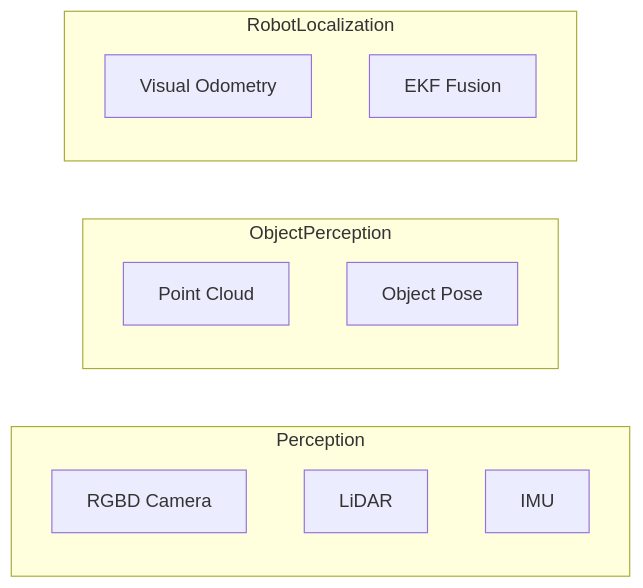
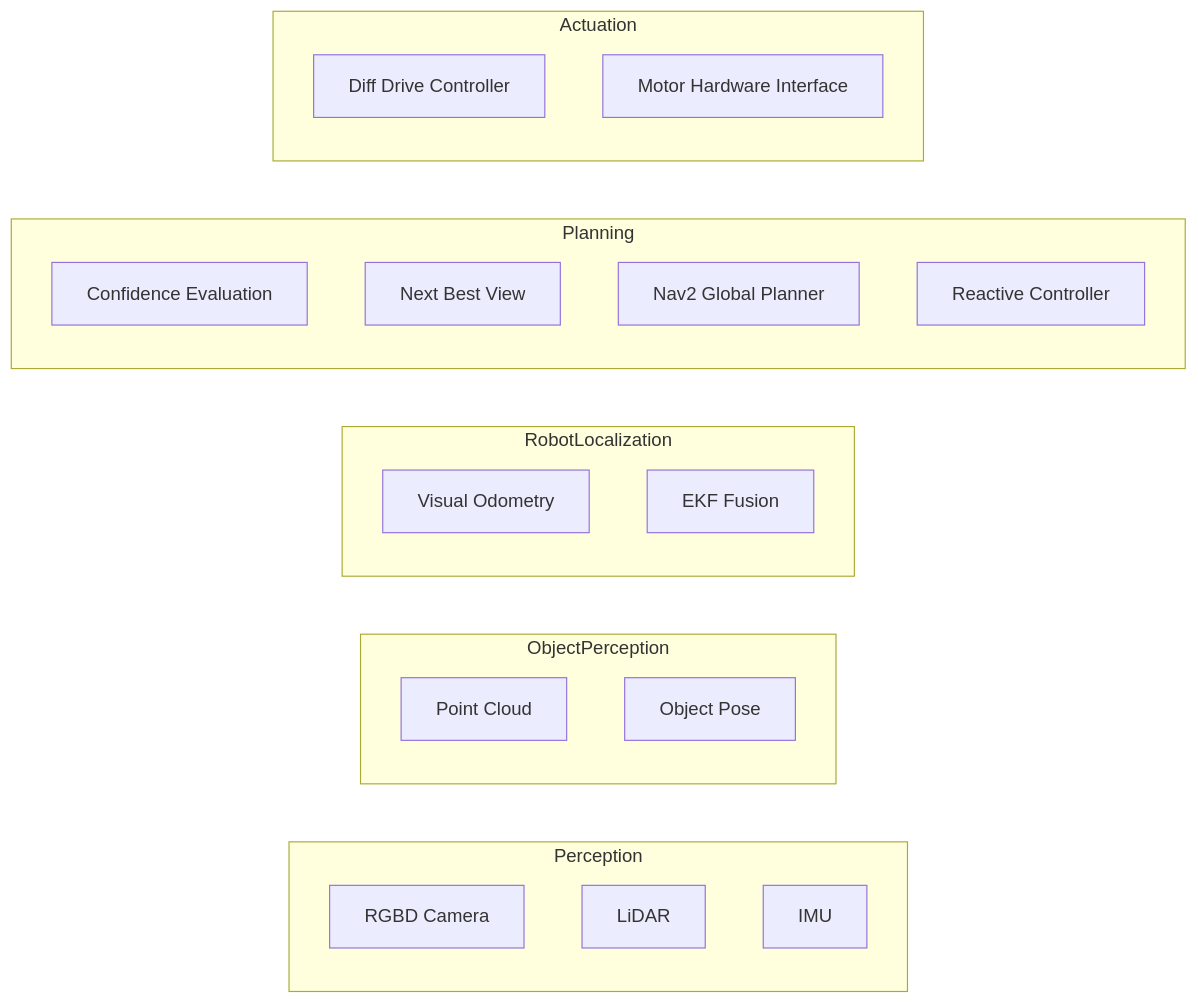
Before and after one commit to SeasonedLeo/RAS_Mobile_Robotics_Vision: the diagram in project/report1.md, drawn with Mermaid.

Commit message:
4 required blocks for mermaid diagram

````diff
--- a/project/report1.md
+++ b/project/report1.md
@@ -90,20 +90,31 @@
 ```mermaid
 flowchart LR
 
   subgraph Perception
     RGBD[RGBD Camera]
     LIDAR[LiDAR]
     IMU[IMU]
   end
 
   subgraph ObjectPerception
     PCP[Point Cloud]
     OPE[Object Pose]
   end
-  
+
   subgraph RobotLocalization
     VO[Visual Odometry]
     EKF[EKF Fusion]
   end
+  subgraph Planning
+    CONF[Confidence Evaluation]
+    NBV[Next Best View]
+    NAV2[Nav2 Global Planner]
+    RC[Reactive Controller]
+  end
+
+  subgraph Actuation
+    DDC[Diff Drive Controller]
+    MHI[Motor Hardware Interface]
+  end
 
 ```
````
